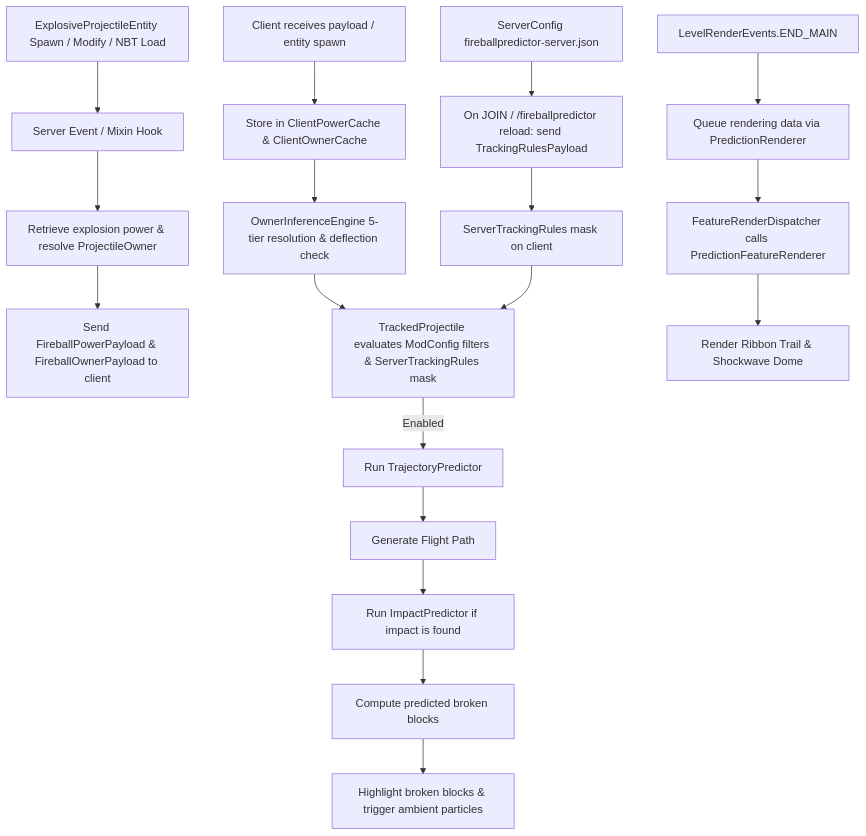
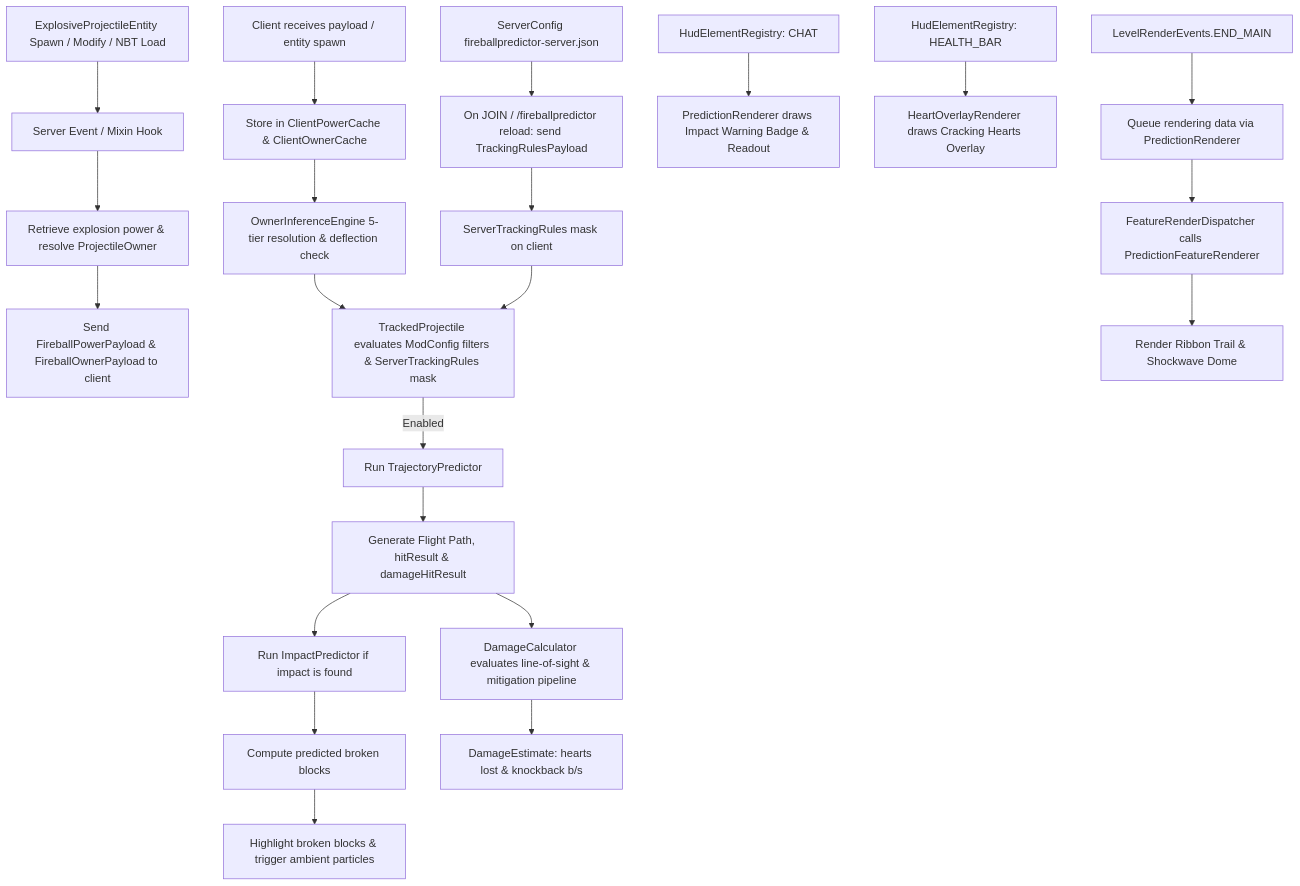
One commit to IsAvaible/FireballPredictor changed the diagram in agent.md. Above: the diagram before and after it, drawn with Mermaid. The commit also changed other lines of this file and 39 other files, not shown here.

````diff
--- a/agent.md
+++ b/agent.md
@@ -11,20 +11,24 @@
 ```mermaid
 graph TD
     A[ExplosiveProjectileEntity Spawn / Modify / NBT Load] --> B[Server Event / Mixin Hook]
     B --> C[Retrieve explosion power & resolve ProjectileOwner]
     C --> D[Send FireballPowerPayload & FireballOwnerPayload to client]
     E[Client receives payload / entity spawn] --> F[Store in ClientPowerCache & ClientOwnerCache]
     F --> G[OwnerInferenceEngine 5-tier resolution & deflection check]
     G --> H[TrackedProjectile evaluates ModConfig filters & ServerTrackingRules mask]
     H -->|Enabled| I[Run TrajectoryPredictor]
-    I --> J[Generate Flight Path]
+    I --> J[Generate Flight Path, hitResult & damageHitResult]
     J --> K[Run ImpactPredictor if impact is found]
     K --> L[Compute predicted broken blocks]
     L --> M[Highlight broken blocks & trigger ambient particles]
+    J --> Dmg[DamageCalculator evaluates line-of-sight & mitigation pipeline]
+    Dmg --> DmgData[DamageEstimate: hearts lost & knockback b/s]
     N[LevelRenderEvents.END_MAIN] --> O[Queue rendering data via PredictionRenderer]
     O --> P[FeatureRenderDispatcher calls PredictionFeatureRenderer]
     P --> Q[Render Ribbon Trail & Shockwave Dome]
+    HudWarn[HudElementRegistry: CHAT] --> WarnBadge[PredictionRenderer draws Impact Warning Badge & Readout]
+    HudHearts[HudElementRegistry: HEALTH_BAR] --> HeartsOverlay[HeartOverlayRenderer draws Cracking Hearts Overlay]
     R[ServerConfig fireballpredictor-server.json] --> S[On JOIN / /fireballpredictor reload: send TrackingRulesPayload]
     S --> T[ServerTrackingRules mask on client]
     T --> H
 ```
````
